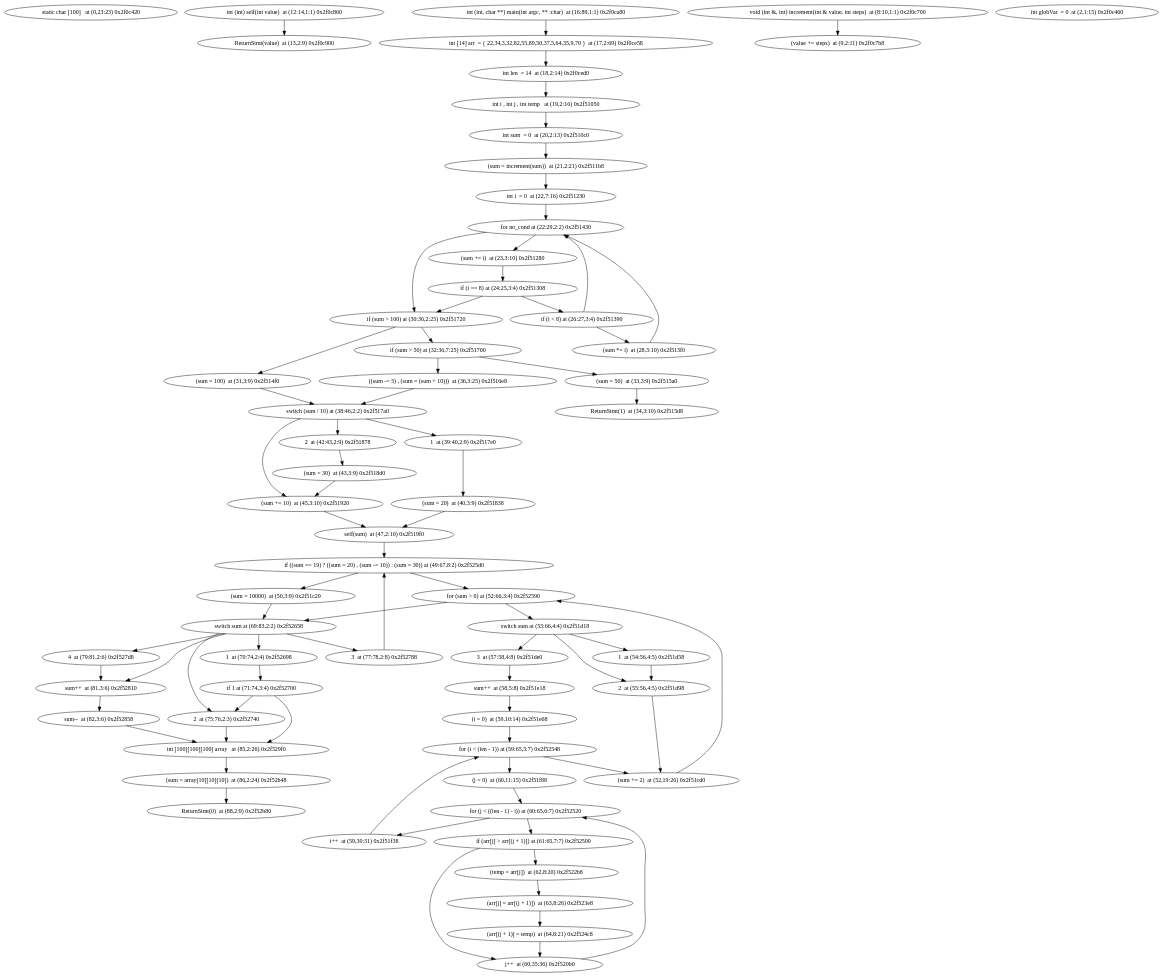
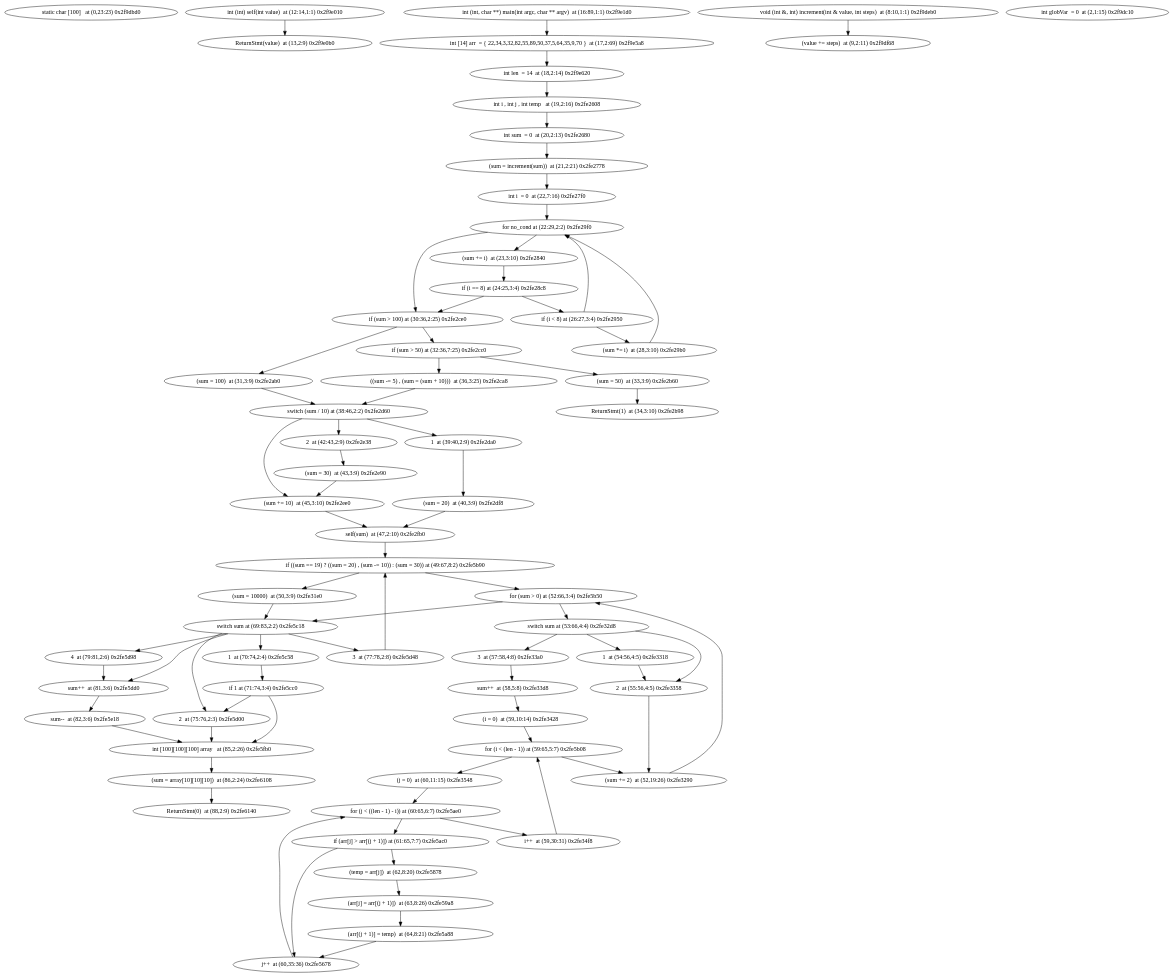
The diagram in ModelChecker/unitary_tests/various/test.dot (jxw1102/Projet-merou), drawn with Graphviz before and after one commit. The commit also changed 10 other files, not shown here.

```diff
--- a/ModelChecker/unitary_tests/various/test.dot
+++ b/ModelChecker/unitary_tests/various/test.dot
@@ -1,82 +1,82 @@
 digraph {
-"static char [100]   at (0,23:23) 0x2f0c420"
-"int (int) self(int value)  at (12:14,1:1) 0x2f0c860" -> "ReturnStmt(value)  at (13,2:9) 0x2f0c900"
-"ReturnStmt(value)  at (13,2:9) 0x2f0c900"
-"int (int, char **) main(int argc, ** :char)  at (16:89,1:1) 0x2f0ca80" -> "int [14] arr  = { 22,34,3,32,82,55,89,50,37,5,64,35,9,70 }  at (17,2:69) 0x2f0ce58"
-"int [14] arr  = { 22,34,3,32,82,55,89,50,37,5,64,35,9,70 }  at (17,2:69) 0x2f0ce58" -> "int len  = 14  at (18,2:14) 0x2f0ced0"
-"int len  = 14  at (18,2:14) 0x2f0ced0" -> "int i , int j , int temp   at (19,2:16) 0x2f51050"
-"int i , int j , int temp   at (19,2:16) 0x2f51050" -> "int sum  = 0  at (20,2:13) 0x2f510c0"
-"int sum  = 0  at (20,2:13) 0x2f510c0" -> "(sum = increment(sum))  at (21,2:21) 0x2f511b8"
-"(sum = increment(sum))  at (21,2:21) 0x2f511b8" -> "int i  = 0  at (22,7:16) 0x2f51230"
-"int i  = 0  at (22,7:16) 0x2f51230" -> "for no_cond at (22:29,2:2) 0x2f51430"
-"for no_cond at (22:29,2:2) 0x2f51430" -> "if (sum > 100) at (30:36,2:25) 0x2f51720"
-"for no_cond at (22:29,2:2) 0x2f51430" -> "(sum += i)  at (23,3:10) 0x2f51280"
-"if (sum > 100) at (30:36,2:25) 0x2f51720" -> "(sum = 100)  at (31,3:9) 0x2f514f0"
-"if (sum > 100) at (30:36,2:25) 0x2f51720" -> "if (sum > 50) at (32:36,7:25) 0x2f51700"
-"(sum = 100)  at (31,3:9) 0x2f514f0" -> "switch (sum / 10) at (38:46,2:2) 0x2f517a0"
-"switch (sum / 10) at (38:46,2:2) 0x2f517a0" -> "1  at (39:40,2:9) 0x2f517e0"
-"switch (sum / 10) at (38:46,2:2) 0x2f517a0" -> "2  at (42:43,2:9) 0x2f51878"
-"switch (sum / 10) at (38:46,2:2) 0x2f517a0" -> "(sum += 10)  at (45,3:10) 0x2f51920"
-"1  at (39:40,2:9) 0x2f517e0" -> "(sum = 20)  at (40,3:9) 0x2f51838"
-"(sum = 20)  at (40,3:9) 0x2f51838" -> "self(sum)  at (47,2:10) 0x2f519f0"
-"self(sum)  at (47,2:10) 0x2f519f0" -> "if ((sum == 19) ? ((sum = 20) , (sum -= 10)) : (sum = 30)) at (49:67,8:2) 0x2f525d0"
-"if ((sum == 19) ? ((sum = 20) , (sum -= 10)) : (sum = 30)) at (49:67,8:2) 0x2f525d0" -> "(sum = 10000)  at (50,3:9) 0x2f51c20"
-"if ((sum == 19) ? ((sum = 20) , (sum -= 10)) : (sum = 30)) at (49:67,8:2) 0x2f525d0" -> "for (sum > 0) at (52:66,3:4) 0x2f52590"
-"(sum = 10000)  at (50,3:9) 0x2f51c20" -> "switch sum at (69:83,2:2) 0x2f52658"
-"switch sum at (69:83,2:2) 0x2f52658" -> "2  at (75:76,2:3) 0x2f52740"
-"switch sum at (69:83,2:2) 0x2f52658" -> "1  at (70:74,2:4) 0x2f52698"
-"switch sum at (69:83,2:2) 0x2f52658" -> "4  at (79:81,2:6) 0x2f527d8"
-"switch sum at (69:83,2:2) 0x2f52658" -> "3  at (77:78,2:8) 0x2f52788"
-"switch sum at (69:83,2:2) 0x2f52658" -> "sum++  at (81,3:6) 0x2f52810"
-"2  at (75:76,2:3) 0x2f52740" -> "int [100][100][100] array   at (85,2:26) 0x2f529f0"
-"int [100][100][100] array   at (85,2:26) 0x2f529f0" -> "(sum = array[10][10][10])  at (86,2:24) 0x2f52b48"
-"(sum = array[10][10][10])  at (86,2:24) 0x2f52b48" -> "ReturnStmt(0)  at (88,2:9) 0x2f52b80"
-"ReturnStmt(0)  at (88,2:9) 0x2f52b80"
-"1  at (70:74,2:4) 0x2f52698" -> "if 1 at (71:74,3:4) 0x2f52700"
-"if 1 at (71:74,3:4) 0x2f52700" -> "int [100][100][100] array   at (85,2:26) 0x2f529f0"
-"if 1 at (71:74,3:4) 0x2f52700" -> "2  at (75:76,2:3) 0x2f52740"
-"4  at (79:81,2:6) 0x2f527d8" -> "sum++  at (81,3:6) 0x2f52810"
-"sum++  at (81,3:6) 0x2f52810" -> "sum--  at (82,3:6) 0x2f52858"
-"sum--  at (82,3:6) 0x2f52858" -> "int [100][100][100] array   at (85,2:26) 0x2f529f0"
-"3  at (77:78,2:8) 0x2f52788" -> "if ((sum == 19) ? ((sum = 20) , (sum -= 10)) : (sum = 30)) at (49:67,8:2) 0x2f525d0"
-"for (sum > 0) at (52:66,3:4) 0x2f52590" -> "switch sum at (69:83,2:2) 0x2f52658"
-"for (sum > 0) at (52:66,3:4) 0x2f52590" -> "switch sum at (53:66,4:4) 0x2f51d18"
-"switch sum at (53:66,4:4) 0x2f51d18" -> "3  at (57:58,4:8) 0x2f51de0"
-"switch sum at (53:66,4:4) 0x2f51d18" -> "2  at (55:56,4:5) 0x2f51d98"
-"switch sum at (53:66,4:4) 0x2f51d18" -> "1  at (54:56,4:5) 0x2f51d58"
-"3  at (57:58,4:8) 0x2f51de0" -> "sum++  at (58,5:8) 0x2f51e18"
-"sum++  at (58,5:8) 0x2f51e18" -> "(i = 0)  at (59,10:14) 0x2f51e68"
-"(i = 0)  at (59,10:14) 0x2f51e68" -> "for (i < (len - 1)) at (59:65,5:7) 0x2f52548"
-"for (i < (len - 1)) at (59:65,5:7) 0x2f52548" -> "(sum += 2)  at (52,19:26) 0x2f51cd0"
-"for (i < (len - 1)) at (59:65,5:7) 0x2f52548" -> "(j = 0)  at (60,11:15) 0x2f51f88"
-"(sum += 2)  at (52,19:26) 0x2f51cd0" -> "for (sum > 0) at (52:66,3:4) 0x2f52590"
-"(j = 0)  at (60,11:15) 0x2f51f88" -> "for (j < ((len - 1) - i)) at (60:65,6:7) 0x2f52520"
-"for (j < ((len - 1) - i)) at (60:65,6:7) 0x2f52520" -> "i++  at (59,30:31) 0x2f51f38"
-"for (j < ((len - 1) - i)) at (60:65,6:7) 0x2f52520" -> "if (arr[j] > arr[(j + 1)]) at (61:65,7:7) 0x2f52500"
-"i++  at (59,30:31) 0x2f51f38" -> "for (i < (len - 1)) at (59:65,5:7) 0x2f52548"
-"if (arr[j] > arr[(j + 1)]) at (61:65,7:7) 0x2f52500" -> "(temp = arr[j])  at (62,8:20) 0x2f522b8"
-"if (arr[j] > arr[(j + 1)]) at (61:65,7:7) 0x2f52500" -> "j++  at (60,35:36) 0x2f520b0"
-"(temp = arr[j])  at (62,8:20) 0x2f522b8" -> "(arr[j] = arr[(j + 1)])  at (63,8:26) 0x2f523e8"
-"(arr[j] = arr[(j + 1)])  at (63,8:26) 0x2f523e8" -> "(arr[(j + 1)] = temp)  at (64,8:21) 0x2f524c8"
-"(arr[(j + 1)] = temp)  at (64,8:21) 0x2f524c8" -> "j++  at (60,35:36) 0x2f520b0"
-"j++  at (60,35:36) 0x2f520b0" -> "for (j < ((len - 1) - i)) at (60:65,6:7) 0x2f52520"
-"2  at (55:56,4:5) 0x2f51d98" -> "(sum += 2)  at (52,19:26) 0x2f51cd0"
-"1  at (54:56,4:5) 0x2f51d58" -> "2  at (55:56,4:5) 0x2f51d98"
-"2  at (42:43,2:9) 0x2f51878" -> "(sum = 30)  at (43,3:9) 0x2f518d0"
-"(sum = 30)  at (43,3:9) 0x2f518d0" -> "(sum += 10)  at (45,3:10) 0x2f51920"
-"(sum += 10)  at (45,3:10) 0x2f51920" -> "self(sum)  at (47,2:10) 0x2f519f0"
-"if (sum > 50) at (32:36,7:25) 0x2f51700" -> "(sum = 50)  at (33,3:9) 0x2f515a0"
-"if (sum > 50) at (32:36,7:25) 0x2f51700" -> "((sum -= 5) , (sum = (sum + 10)))  at (36,3:25) 0x2f516e8"
-"(sum = 50)  at (33,3:9) 0x2f515a0" -> "ReturnStmt(1)  at (34,3:10) 0x2f515d8"
-"ReturnStmt(1)  at (34,3:10) 0x2f515d8"
-"((sum -= 5) , (sum = (sum + 10)))  at (36,3:25) 0x2f516e8" -> "switch (sum / 10) at (38:46,2:2) 0x2f517a0"
-"(sum += i)  at (23,3:10) 0x2f51280" -> "if (i == 8) at (24:25,3:4) 0x2f51308"
-"if (i == 8) at (24:25,3:4) 0x2f51308" -> "if (i < 8) at (26:27,3:4) 0x2f51390"
-"if (i == 8) at (24:25,3:4) 0x2f51308" -> "if (sum > 100) at (30:36,2:25) 0x2f51720"
-"if (i < 8) at (26:27,3:4) 0x2f51390" -> "for no_cond at (22:29,2:2) 0x2f51430"
-"if (i < 8) at (26:27,3:4) 0x2f51390" -> "(sum *= i)  at (28,3:10) 0x2f513f0"
-"(sum *= i)  at (28,3:10) 0x2f513f0" -> "for no_cond at (22:29,2:2) 0x2f51430"
-"void (int &, int) increment(int & value, int steps)  at (8:10,1:1) 0x2f0c700" -> "(value += steps)  at (9,2:11) 0x2f0c7b8"
-"(value += steps)  at (9,2:11) 0x2f0c7b8"
-"int globVar  = 0  at (2,1:15) 0x2f0c460"
+"static char [100]   at (0,23:23) 0x2f9dbd0"
+"int (int) self(int value)  at (12:14,1:1) 0x2f9e010" -> "ReturnStmt(value)  at (13,2:9) 0x2f9e0b0"
+"ReturnStmt(value)  at (13,2:9) 0x2f9e0b0"
+"int (int, char **) main(int argc, char ** argv)  at (16:89,1:1) 0x2f9e1d0" -> "int [14] arr  = { 22,34,3,32,82,55,89,50,37,5,64,35,9,70 }  at (17,2:69) 0x2f9e5a8"
+"int [14] arr  = { 22,34,3,32,82,55,89,50,37,5,64,35,9,70 }  at (17,2:69) 0x2f9e5a8" -> "int len  = 14  at (18,2:14) 0x2f9e620"
+"int len  = 14  at (18,2:14) 0x2f9e620" -> "int i , int j , int temp   at (19,2:16) 0x2fe2608"
+"int i , int j , int temp   at (19,2:16) 0x2fe2608" -> "int sum  = 0  at (20,2:13) 0x2fe2680"
+"int sum  = 0  at (20,2:13) 0x2fe2680" -> "(sum = increment(sum))  at (21,2:21) 0x2fe2778"
+"(sum = increment(sum))  at (21,2:21) 0x2fe2778" -> "int i  = 0  at (22,7:16) 0x2fe27f0"
+"int i  = 0  at (22,7:16) 0x2fe27f0" -> "for no_cond at (22:29,2:2) 0x2fe29f0"
+"for no_cond at (22:29,2:2) 0x2fe29f0" -> "if (sum > 100) at (30:36,2:25) 0x2fe2ce0"
+"for no_cond at (22:29,2:2) 0x2fe29f0" -> "(sum += i)  at (23,3:10) 0x2fe2840"
+"if (sum > 100) at (30:36,2:25) 0x2fe2ce0" -> "(sum = 100)  at (31,3:9) 0x2fe2ab0"
+"if (sum > 100) at (30:36,2:25) 0x2fe2ce0" -> "if (sum > 50) at (32:36,7:25) 0x2fe2cc0"
+"(sum = 100)  at (31,3:9) 0x2fe2ab0" -> "switch (sum / 10) at (38:46,2:2) 0x2fe2d60"
+"switch (sum / 10) at (38:46,2:2) 0x2fe2d60" -> "(sum += 10)  at (45,3:10) 0x2fe2ee0"
+"switch (sum / 10) at (38:46,2:2) 0x2fe2d60" -> "1  at (39:40,2:9) 0x2fe2da0"
+"switch (sum / 10) at (38:46,2:2) 0x2fe2d60" -> "2  at (42:43,2:9) 0x2fe2e38"
+"(sum += 10)  at (45,3:10) 0x2fe2ee0" -> "self(sum)  at (47,2:10) 0x2fe2fb0"
+"self(sum)  at (47,2:10) 0x2fe2fb0" -> "if ((sum == 19) ? ((sum = 20) , (sum -= 10)) : (sum = 30)) at (49:67,8:2) 0x2fe5b90"
+"if ((sum == 19) ? ((sum = 20) , (sum -= 10)) : (sum = 30)) at (49:67,8:2) 0x2fe5b90" -> "(sum = 10000)  at (50,3:9) 0x2fe31e0"
+"if ((sum == 19) ? ((sum = 20) , (sum -= 10)) : (sum = 30)) at (49:67,8:2) 0x2fe5b90" -> "for (sum > 0) at (52:66,3:4) 0x2fe5b50"
+"(sum = 10000)  at (50,3:9) 0x2fe31e0" -> "switch sum at (69:83,2:2) 0x2fe5c18"
+"switch sum at (69:83,2:2) 0x2fe5c18" -> "4  at (79:81,2:6) 0x2fe5d98"
+"switch sum at (69:83,2:2) 0x2fe5c18" -> "2  at (75:76,2:3) 0x2fe5d00"
+"switch sum at (69:83,2:2) 0x2fe5c18" -> "sum++  at (81,3:6) 0x2fe5dd0"
+"switch sum at (69:83,2:2) 0x2fe5c18" -> "1  at (70:74,2:4) 0x2fe5c58"
+"switch sum at (69:83,2:2) 0x2fe5c18" -> "3  at (77:78,2:8) 0x2fe5d48"
+"4  at (79:81,2:6) 0x2fe5d98" -> "sum++  at (81,3:6) 0x2fe5dd0"
+"sum++  at (81,3:6) 0x2fe5dd0" -> "sum--  at (82,3:6) 0x2fe5e18"
+"sum--  at (82,3:6) 0x2fe5e18" -> "int [100][100][100] array   at (85,2:26) 0x2fe5fb0"
+"int [100][100][100] array   at (85,2:26) 0x2fe5fb0" -> "(sum = array[10][10][10])  at (86,2:24) 0x2fe6108"
+"(sum = array[10][10][10])  at (86,2:24) 0x2fe6108" -> "ReturnStmt(0)  at (88,2:9) 0x2fe6140"
+"ReturnStmt(0)  at (88,2:9) 0x2fe6140"
+"2  at (75:76,2:3) 0x2fe5d00" -> "int [100][100][100] array   at (85,2:26) 0x2fe5fb0"
+"1  at (70:74,2:4) 0x2fe5c58" -> "if 1 at (71:74,3:4) 0x2fe5cc0"
+"if 1 at (71:74,3:4) 0x2fe5cc0" -> "2  at (75:76,2:3) 0x2fe5d00"
+"if 1 at (71:74,3:4) 0x2fe5cc0" -> "int [100][100][100] array   at (85,2:26) 0x2fe5fb0"
+"3  at (77:78,2:8) 0x2fe5d48" -> "if ((sum == 19) ? ((sum = 20) , (sum -= 10)) : (sum = 30)) at (49:67,8:2) 0x2fe5b90"
+"for (sum > 0) at (52:66,3:4) 0x2fe5b50" -> "switch sum at (69:83,2:2) 0x2fe5c18"
+"for (sum > 0) at (52:66,3:4) 0x2fe5b50" -> "switch sum at (53:66,4:4) 0x2fe32d8"
+"switch sum at (53:66,4:4) 0x2fe32d8" -> "1  at (54:56,4:5) 0x2fe3318"
+"switch sum at (53:66,4:4) 0x2fe32d8" -> "2  at (55:56,4:5) 0x2fe3358"
+"switch sum at (53:66,4:4) 0x2fe32d8" -> "3  at (57:58,4:8) 0x2fe33a0"
+"1  at (54:56,4:5) 0x2fe3318" -> "2  at (55:56,4:5) 0x2fe3358"
+"2  at (55:56,4:5) 0x2fe3358" -> "(sum += 2)  at (52,19:26) 0x2fe3290"
+"(sum += 2)  at (52,19:26) 0x2fe3290" -> "for (sum > 0) at (52:66,3:4) 0x2fe5b50"
+"3  at (57:58,4:8) 0x2fe33a0" -> "sum++  at (58,5:8) 0x2fe33d8"
+"sum++  at (58,5:8) 0x2fe33d8" -> "(i = 0)  at (59,10:14) 0x2fe3428"
+"(i = 0)  at (59,10:14) 0x2fe3428" -> "for (i < (len - 1)) at (59:65,5:7) 0x2fe5b08"
+"for (i < (len - 1)) at (59:65,5:7) 0x2fe5b08" -> "(j = 0)  at (60,11:15) 0x2fe3548"
+"for (i < (len - 1)) at (59:65,5:7) 0x2fe5b08" -> "(sum += 2)  at (52,19:26) 0x2fe3290"
+"(j = 0)  at (60,11:15) 0x2fe3548" -> "for (j < ((len - 1) - i)) at (60:65,6:7) 0x2fe5ae0"
+"for (j < ((len - 1) - i)) at (60:65,6:7) 0x2fe5ae0" -> "i++  at (59,30:31) 0x2fe34f8"
+"for (j < ((len - 1) - i)) at (60:65,6:7) 0x2fe5ae0" -> "if (arr[j] > arr[(j + 1)]) at (61:65,7:7) 0x2fe5ac0"
+"i++  at (59,30:31) 0x2fe34f8" -> "for (i < (len - 1)) at (59:65,5:7) 0x2fe5b08"
+"if (arr[j] > arr[(j + 1)]) at (61:65,7:7) 0x2fe5ac0" -> "j++  at (60,35:36) 0x2fe5678"
+"if (arr[j] > arr[(j + 1)]) at (61:65,7:7) 0x2fe5ac0" -> "(temp = arr[j])  at (62,8:20) 0x2fe5878"
+"j++  at (60,35:36) 0x2fe5678" -> "for (j < ((len - 1) - i)) at (60:65,6:7) 0x2fe5ae0"
+"(temp = arr[j])  at (62,8:20) 0x2fe5878" -> "(arr[j] = arr[(j + 1)])  at (63,8:26) 0x2fe59a8"
+"(arr[j] = arr[(j + 1)])  at (63,8:26) 0x2fe59a8" -> "(arr[(j + 1)] = temp)  at (64,8:21) 0x2fe5a88"
+"(arr[(j + 1)] = temp)  at (64,8:21) 0x2fe5a88" -> "j++  at (60,35:36) 0x2fe5678"
+"1  at (39:40,2:9) 0x2fe2da0" -> "(sum = 20)  at (40,3:9) 0x2fe2df8"
+"(sum = 20)  at (40,3:9) 0x2fe2df8" -> "self(sum)  at (47,2:10) 0x2fe2fb0"
+"2  at (42:43,2:9) 0x2fe2e38" -> "(sum = 30)  at (43,3:9) 0x2fe2e90"
+"(sum = 30)  at (43,3:9) 0x2fe2e90" -> "(sum += 10)  at (45,3:10) 0x2fe2ee0"
+"if (sum > 50) at (32:36,7:25) 0x2fe2cc0" -> "((sum -= 5) , (sum = (sum + 10)))  at (36,3:25) 0x2fe2ca8"
+"if (sum > 50) at (32:36,7:25) 0x2fe2cc0" -> "(sum = 50)  at (33,3:9) 0x2fe2b60"
+"((sum -= 5) , (sum = (sum + 10)))  at (36,3:25) 0x2fe2ca8" -> "switch (sum / 10) at (38:46,2:2) 0x2fe2d60"
+"(sum = 50)  at (33,3:9) 0x2fe2b60" -> "ReturnStmt(1)  at (34,3:10) 0x2fe2b98"
+"ReturnStmt(1)  at (34,3:10) 0x2fe2b98"
+"(sum += i)  at (23,3:10) 0x2fe2840" -> "if (i == 8) at (24:25,3:4) 0x2fe28c8"
+"if (i == 8) at (24:25,3:4) 0x2fe28c8" -> "if (sum > 100) at (30:36,2:25) 0x2fe2ce0"
+"if (i == 8) at (24:25,3:4) 0x2fe28c8" -> "if (i < 8) at (26:27,3:4) 0x2fe2950"
+"if (i < 8) at (26:27,3:4) 0x2fe2950" -> "(sum *= i)  at (28,3:10) 0x2fe29b0"
+"if (i < 8) at (26:27,3:4) 0x2fe2950" -> "for no_cond at (22:29,2:2) 0x2fe29f0"
+"(sum *= i)  at (28,3:10) 0x2fe29b0" -> "for no_cond at (22:29,2:2) 0x2fe29f0"
+"void (int &, int) increment(int & value, int steps)  at (8:10,1:1) 0x2f9deb0" -> "(value += steps)  at (9,2:11) 0x2f9df68"
+"(value += steps)  at (9,2:11) 0x2f9df68"
+"int globVar  = 0  at (2,1:15) 0x2f9dc10"
 }
```
